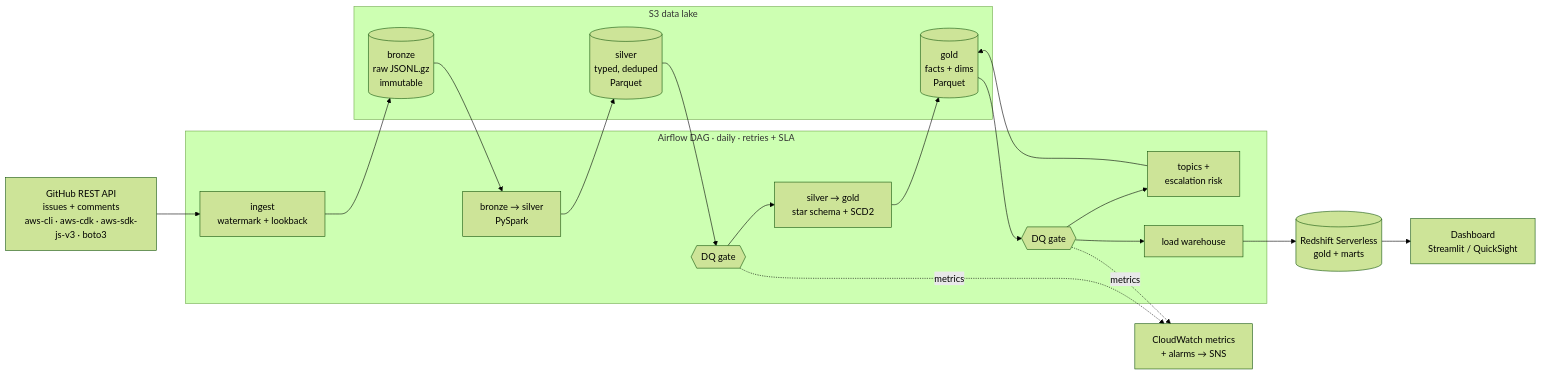
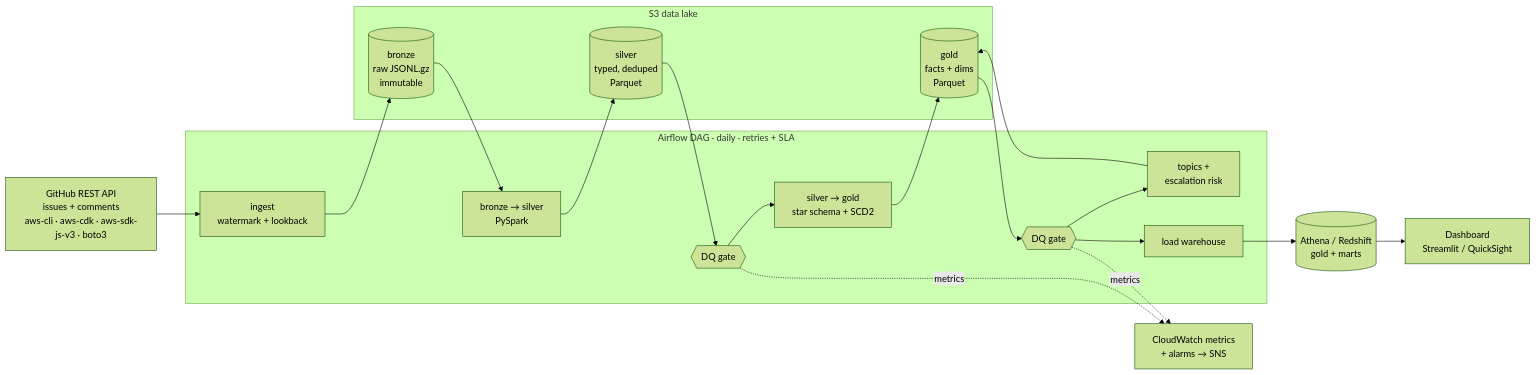
The first of 2 diagrams in README.md (Prithwi13/support-signals-lakehouse), drawn with Mermaid (forest theme) before and after one commit. The commit also changed other lines of this file, not shown here.

````diff
--- a/README.md
+++ b/README.md
@@ -13,26 +13,26 @@
 ```mermaid
 flowchart LR
     GH[GitHub REST API<br/>issues + comments<br/>aws-cli · aws-cdk · aws-sdk-js-v3 · boto3]
     subgraph Orchestration [Airflow DAG · daily · retries + SLA]
       I[ingest<br/>watermark + lookback]
       S[bronze → silver<br/>PySpark]
       DQ1{{DQ gate}}
       G[silver → gold<br/>star schema + SCD2]
       DQ2{{DQ gate}}
       ML[topics +<br/>escalation risk]
       L[load warehouse]
     end
     subgraph Lake [S3 data lake]
       B[(bronze<br/>raw JSONL.gz<br/>immutable)]
       SV[(silver<br/>typed, deduped<br/>Parquet)]
       GD[(gold<br/>facts + dims<br/>Parquet)]
     end
-    RS[(Redshift Serverless<br/>gold + marts)]
+    RS[(Athena / Redshift<br/>gold + marts)]
     BI[Dashboard<br/>Streamlit / QuickSight]
     CW[CloudWatch metrics<br/>+ alarms → SNS]
 
     GH --> I --> B --> S --> SV --> DQ1 --> G --> GD --> DQ2 --> L --> RS --> BI
     DQ2 --> ML --> GD
     DQ1 -. metrics .-> CW
     DQ2 -. metrics .-> CW
 ```
````
